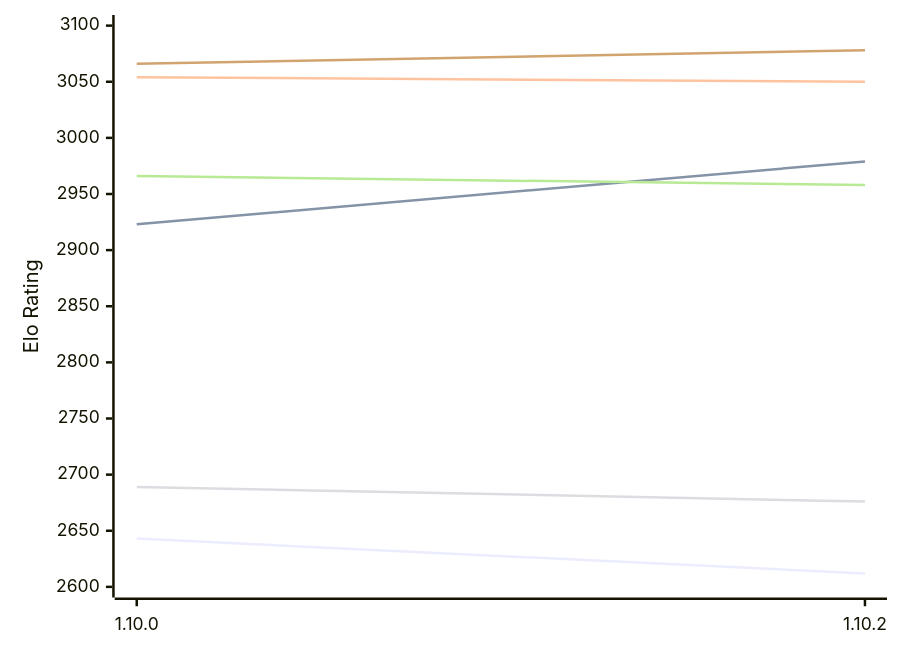
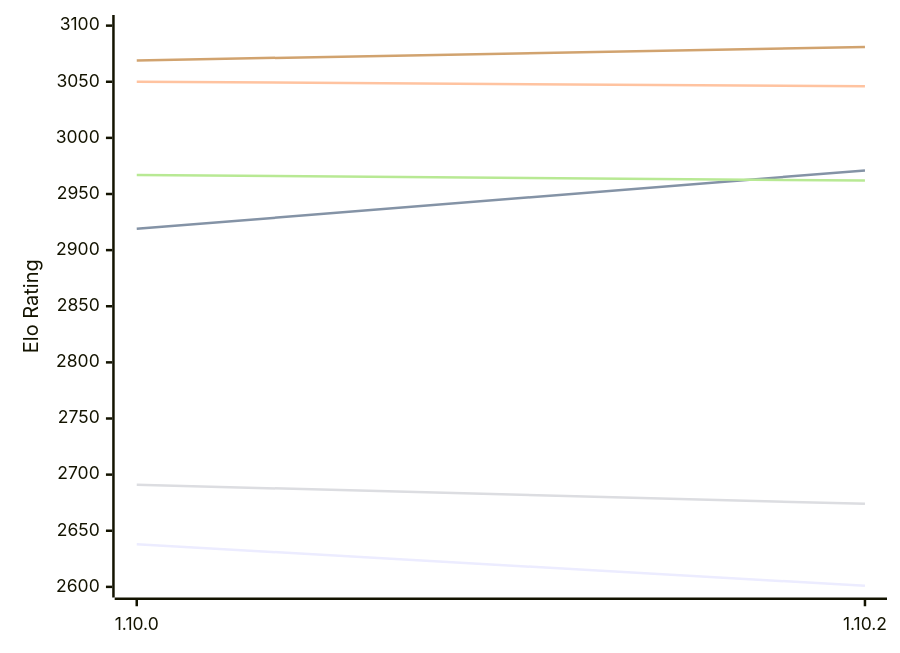
The first of 2 diagrams in engines/Basilisk.md (computer-chess-index/cci), drawn with Mermaid before and after one commit. The commit also changed other lines of this file, not shown here.

Commit message:
Update CCI Ratings (ELO VLTC) - 2026-11-09

````diff
--- a/engines/Basilisk.md
+++ b/engines/Basilisk.md
@@ -61,12 +61,12 @@
 ```mermaid
 %%{init: {"theme":"base","themeVariables":{"seriesColors:['#a3a3a3','#222221','#faa371']}}}%%
 xychart-beta
   x-axis ["1.10.0", "1.10.2"]
   y-axis "Elo Rating" 2600 --> 3100
-  line "E1: STC (8.0+0.08s)" [2643, 2612]
-  line "E1: LTC (60.0+0.60s)" [2923, 2979]
-  line "E1: VLTC (2m24s+1.12s)" [3054, 3050]
-  line "P1: STC (8.0+0.08s)" [2689, 2676]
-  line "P1: LTC (60.0+0.60s)" [2966, 2958]
-  line "P1: VLTC (2m24s+1.12s)" [3066, 3078]
+  line "E1: STC (8.0+0.08s)" [2638, 2601]
+  line "E1: LTC (60.0+0.60s)" [2919, 2971]
+  line "E1: VLTC (2m24s+1.12s)" [3050, 3046]
+  line "P1: STC (8.0+0.08s)" [2691, 2674]
+  line "P1: LTC (60.0+0.60s)" [2967, 2962]
+  line "P1: VLTC (2m24s+1.12s)" [3069, 3081]
 ```
````
